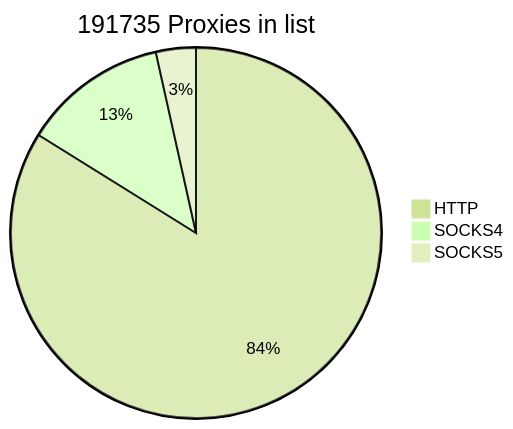
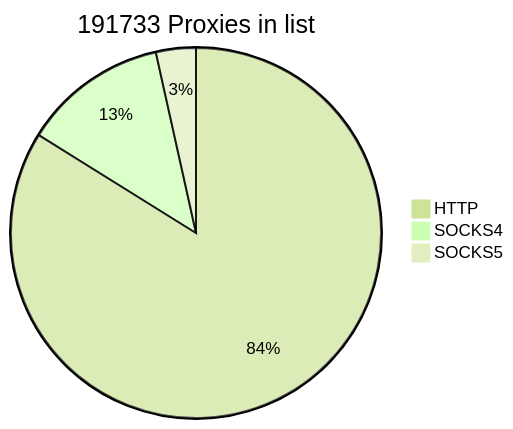
The first of 2 diagrams in README.md (cutipu/proxylist), drawn with Mermaid (forest theme) before and after one commit. The commit also changed other lines of this file, not shown here.

````diff
--- a/README.md
+++ b/README.md
@@ -2,7 +2,7 @@
 ```mermaid
-pie title 191735 Proxies in list
-    "HTTP" : 160794
+pie title 191733 Proxies in list
+    "HTTP" : 160793
     "SOCKS4" : 24260
-    "SOCKS5" : 6681
+    "SOCKS5" : 6680
             
 ```
````
